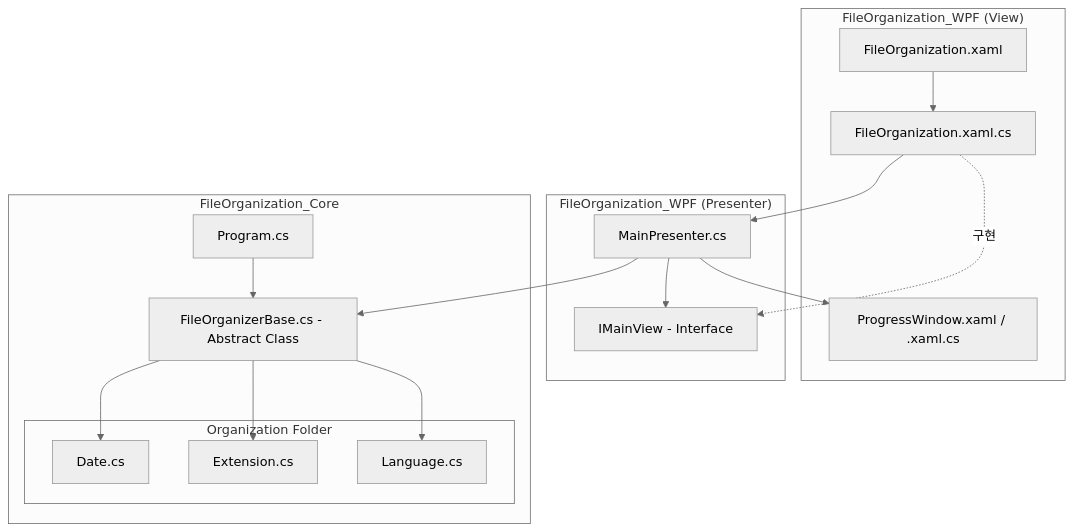
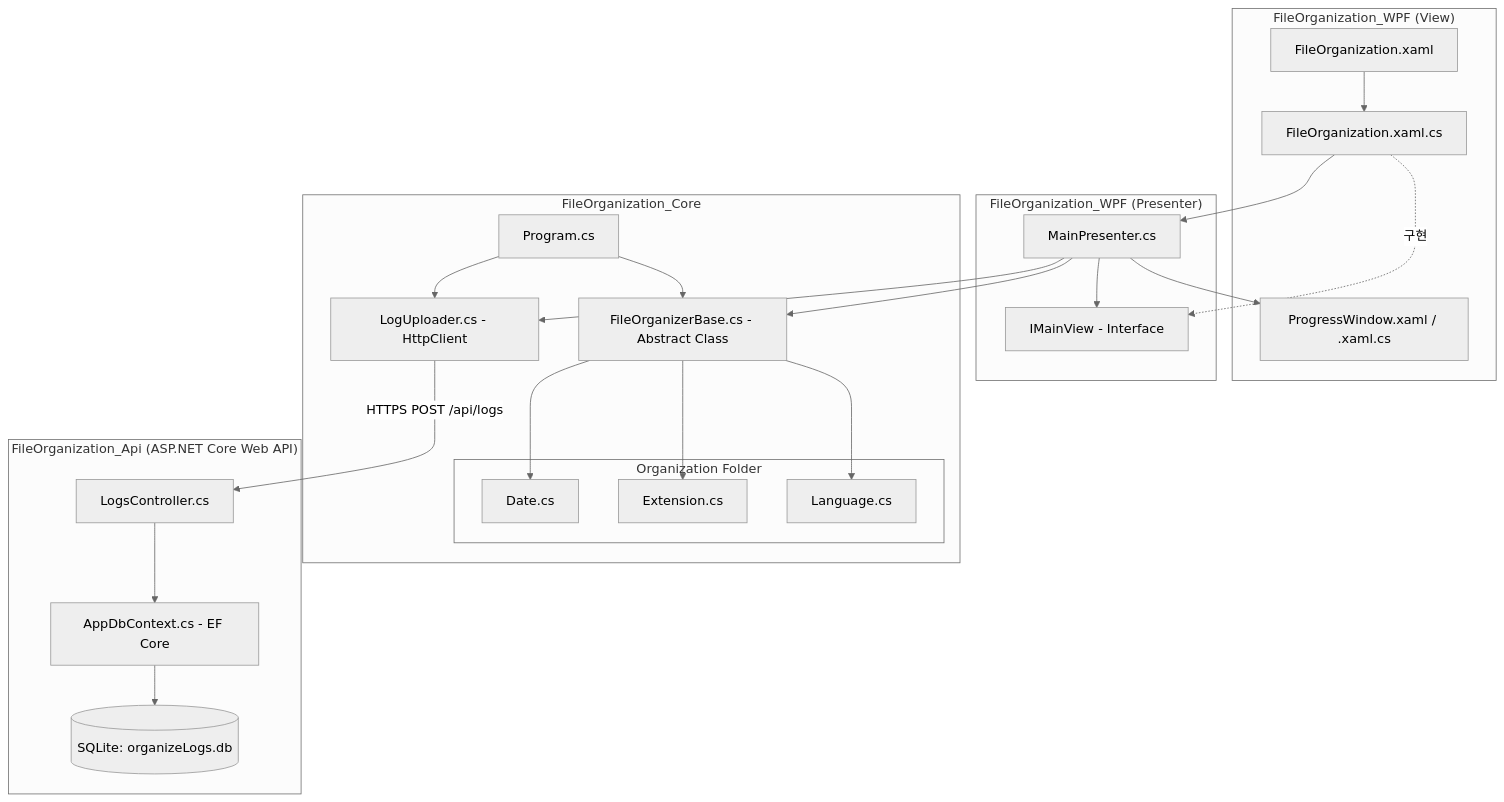
One commit to YGY515/Automatic-File-Organization changed the diagram in README.md. Above: the diagram before and after it, drawn with Mermaid (neutral theme). The commit also changed other lines of this file, not shown here.

````diff
--- a/README.md
+++ b/README.md
@@ -45,37 +56,51 @@
 ```mermaid
 graph TD
     subgraph "FileOrganization_WPF (View)"
         XAML[FileOrganization.xaml]
         CS[FileOrganization.xaml.cs]
         PW[ProgressWindow.xaml / .xaml.cs]
     end
 
     subgraph "FileOrganization_WPF (Presenter)"
         IView[IMainView - Interface]
         Presenter[MainPresenter.cs]
     end
 
     subgraph "FileOrganization_Core"
         Prog[Program.cs]
         Base[FileOrganizerBase.cs - Abstract Class]
 
         subgraph "Organization Folder"
             Date[Date.cs]
             Ext[Extension.cs]
             Lang[Language.cs]
         end
+
+        Uploader[LogUploader.cs - HttpClient]
+    end
+
+    subgraph "FileOrganization_Api (ASP.NET Core Web API)"
+        Controller[LogsController.cs]
+        DbCtx[AppDbContext.cs - EF Core]
+        DB[(SQLite: organizeLogs.db)]
     end
 
     XAML --> CS
     CS -.구현.-> IView
     CS --> Presenter
     Presenter --> PW
     Presenter --> IView
     Presenter --> Base
 
     Prog --> Base
 
     Base --> Date
     Base --> Ext
     Base --> Lang
+
+    Prog --> Uploader
+    Presenter --> Uploader
+    Uploader -->|HTTPS POST /api/logs| Controller
+    Controller --> DbCtx
+    DbCtx --> DB
 ```
````
